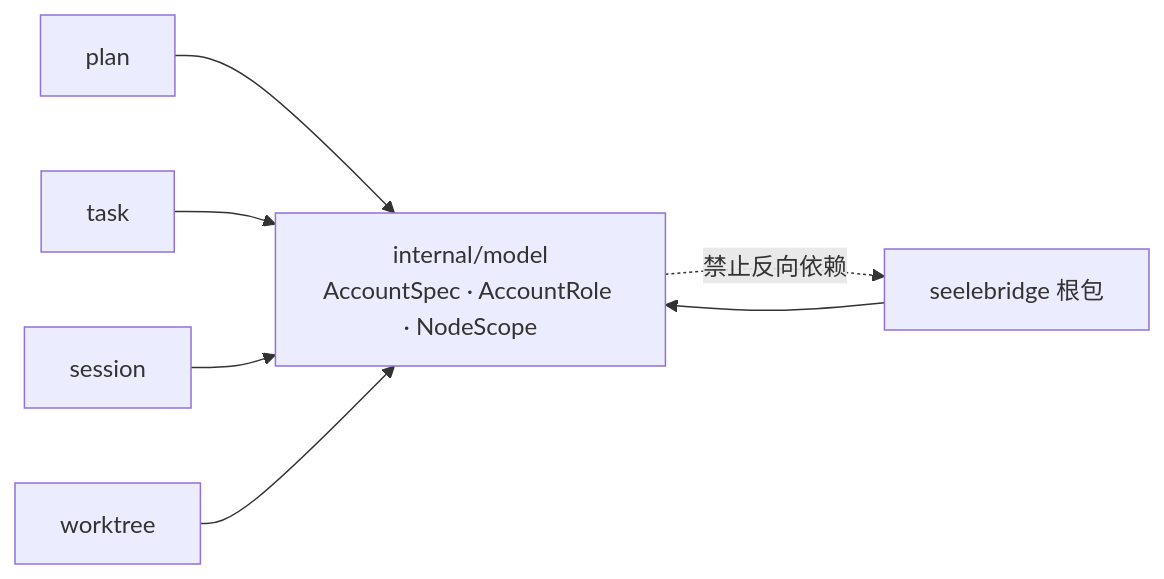
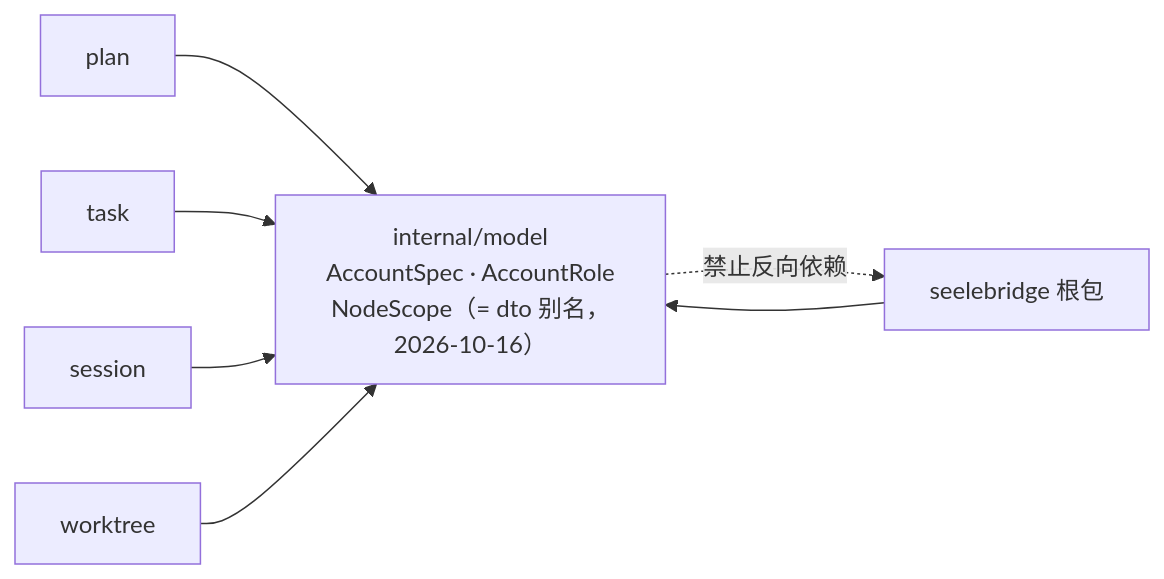
Before and after one commit to RedHuang-0622/seelex: the diagram in seelebridge/internal/model/README.md, drawn with Mermaid. The commit also changed other lines of this file and 1013 other files, not shown here.

````diff
--- a/seelebridge/internal/model/README.md
+++ b/seelebridge/internal/model/README.md
@@ -10,10 +10,10 @@
 ```mermaid
 flowchart LR
-    MODEL["internal/model<br/>AccountSpec · AccountRole · NodeScope"]
+    MODEL["internal/model<br/>AccountSpec · AccountRole<br/>NodeScope（= dto 别名，2026-10-16）"]
     ROOT["seelebridge 根包"] --> MODEL
     PLAN["plan"] --> MODEL
     TASK["task"] --> MODEL
     SESSION["session"] --> MODEL
     WT["worktree"] --> MODEL
     MODEL -.->|禁止反向依赖| ROOT
 ```
````
